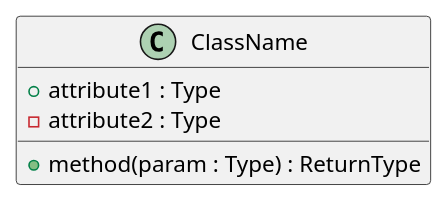
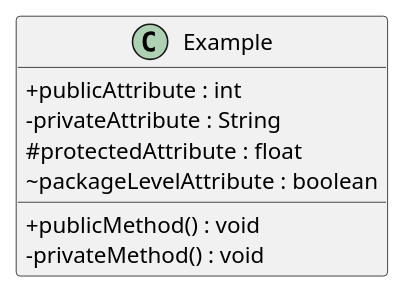
Before and after one commit to hgrabows/diagrammer-skills: the first of 10 diagrams in skills/diagrammer/specs/plantuml/plantuml_class.md, drawn with PlantUML. The commit also changed other lines of this file and 127 other files, not shown here.

First line of the commit message:
feat: audit all specs, add example gallery, fix PlantUML and Gantt rendering

````diff
--- a/skills/diagrammer/specs/plantuml/plantuml_class.md
+++ b/skills/diagrammer/specs/plantuml/plantuml_class.md
@@ -35,9 +61,13 @@
 ```plantuml
 @startuml
-class ClassName {
-  +attribute1 : Type
-  -attribute2 : Type
-  +method(param : Type) : ReturnType
+skinparam classAttributeIconSize 0
+class Example {
+  +publicAttribute : int
+  -privateAttribute : String
+  #protectedAttribute : float
+  ~packageLevelAttribute : boolean
+  +publicMethod() : void
+  -privateMethod() : void
 }
 @enduml
 ```
````
